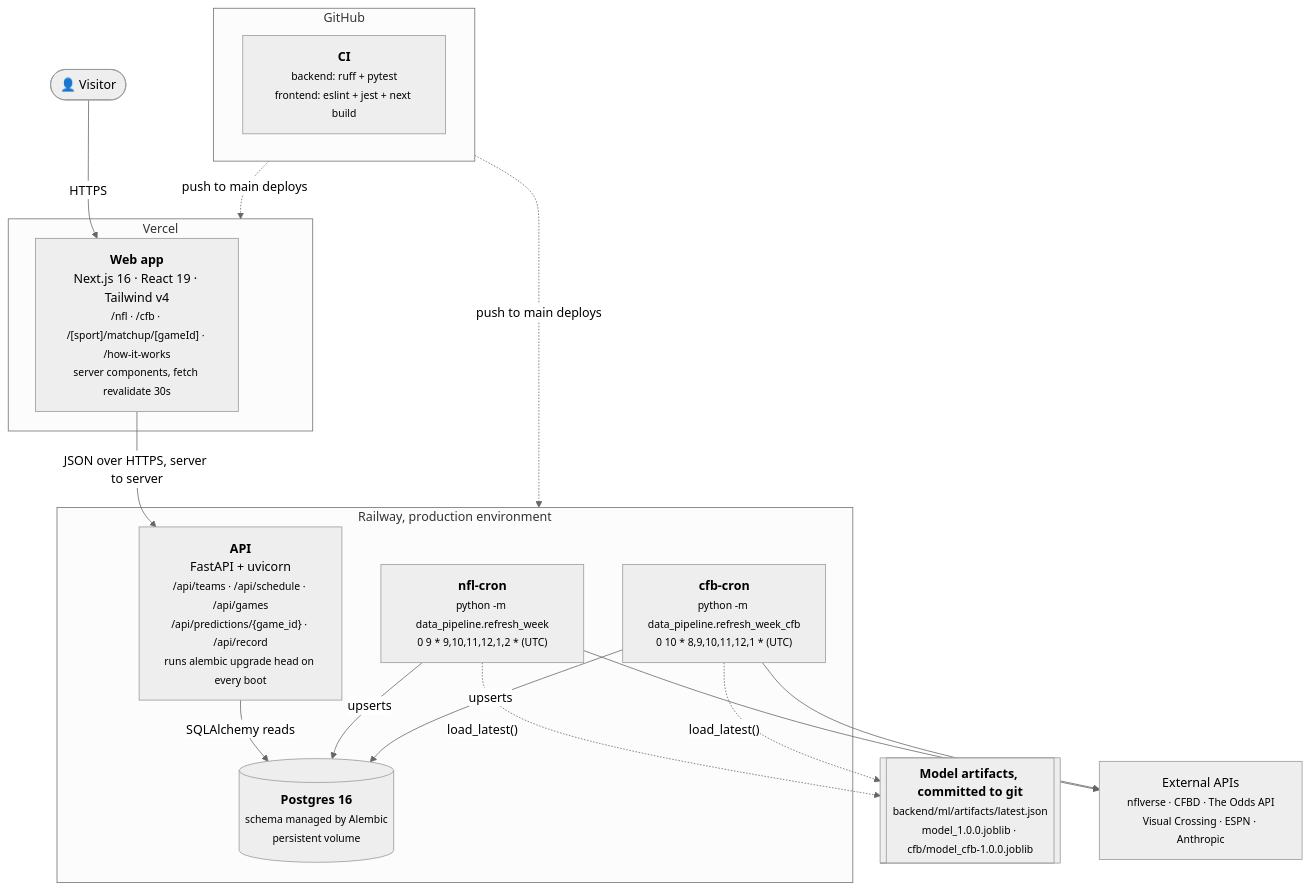
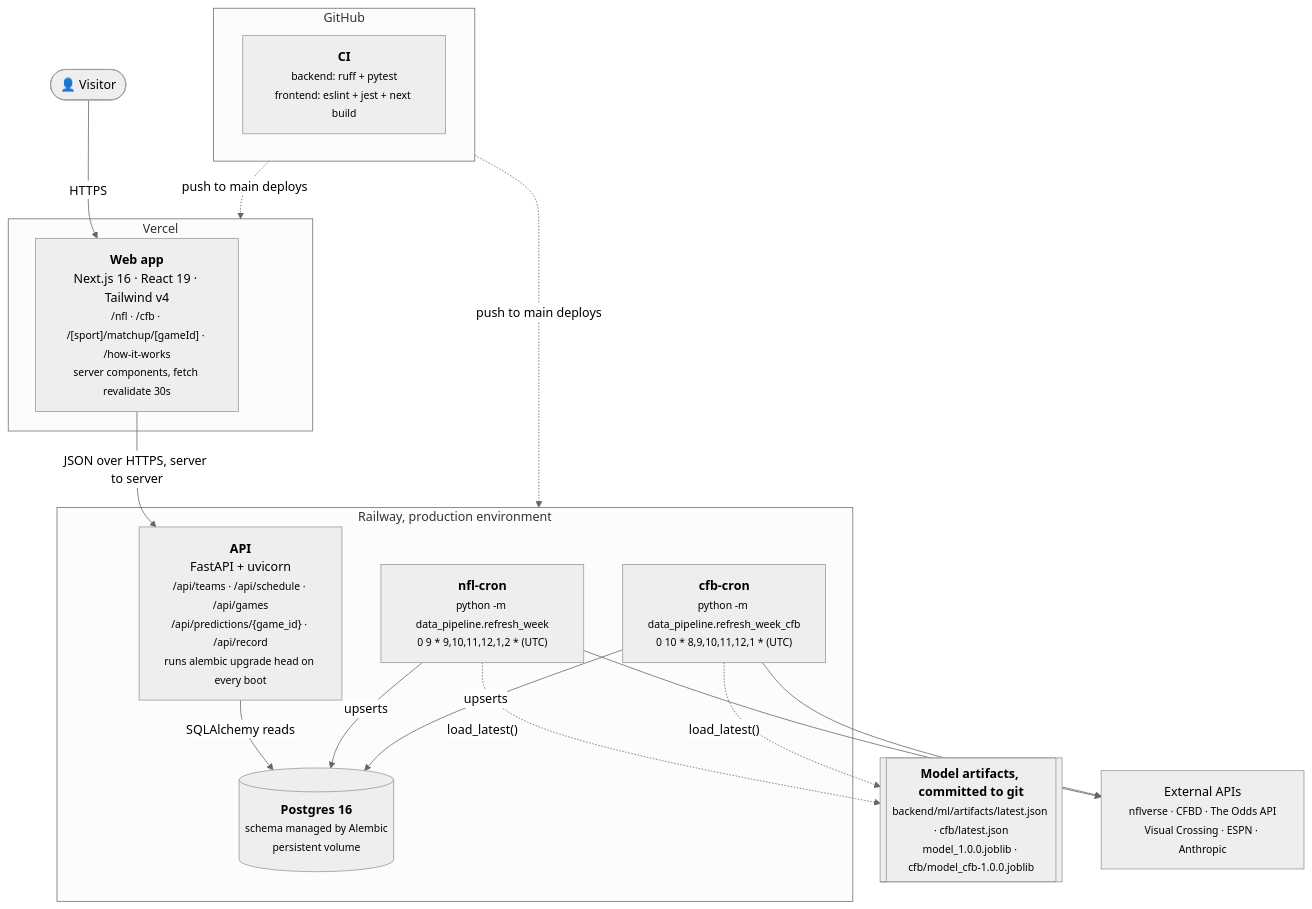
Before and after one commit to carterptull/blitzcast: the diagram in diagrams/c4-container.md, drawn with Mermaid (neutral theme). The commit also changed 10 other files, not shown here.

First line of the commit message:
docs(diagrams): correct claims found in source review

````diff
--- a/diagrams/c4-container.md
+++ b/diagrams/c4-container.md
@@ -6,35 +6,35 @@
 ```mermaid
 flowchart TB
     visitor(["👤 Visitor"])
 
     subgraph vercel["Vercel"]
         web["<b>Web app</b><br/>Next.js 16 · React 19 · Tailwind v4<br/><small>/nfl · /cfb · /[sport]/matchup/[gameId] · /how-it-works<br/>server components, fetch revalidate 30s</small>"]
     end
 
     subgraph railway["Railway, production environment"]
         api["<b>API</b><br/>FastAPI + uvicorn<br/><small>/api/teams · /api/schedule · /api/games<br/>/api/predictions/{game_id} · /api/record<br/>runs alembic upgrade head on every boot</small>"]
         nflcron["<b>nfl-cron</b><br/><small>python -m data_pipeline.refresh_week<br/>0 9 * 9,10,11,12,1,2 * (UTC)</small>"]
         cfbcron["<b>cfb-cron</b><br/><small>python -m data_pipeline.refresh_week_cfb<br/>0 10 * 8,9,10,11,12,1 * (UTC)</small>"]
         db[("<b>Postgres 16</b><br/><small>schema managed by Alembic<br/>persistent volume</small>")]
     end
 
-    artifacts[["<b>Model artifacts, committed to git</b><br/><small>backend/ml/artifacts/latest.json<br/>model_1.0.0.joblib · cfb/model_cfb-1.0.0.joblib</small>"]]
+    artifacts[["<b>Model artifacts, committed to git</b><br/><small>backend/ml/artifacts/latest.json · cfb/latest.json<br/>model_1.0.0.joblib · cfb/model_cfb-1.0.0.joblib</small>"]]
 
     subgraph github["GitHub"]
         ci["<b>CI</b><br/><small>backend: ruff + pytest<br/>frontend: eslint + jest + next build</small>"]
     end
 
     external["External APIs<br/><small>nflverse · CFBD · The Odds API<br/>Visual Crossing · ESPN · Anthropic</small>"]
 
     visitor -->|HTTPS| web
     web -->|"JSON over HTTPS, server to server"| api
     api -->|"SQLAlchemy reads"| db
     nflcron -->|"upserts"| db
     cfbcron -->|"upserts"| db
     nflcron --> external
     cfbcron --> external
     nflcron -.->|"load_latest()"| artifacts
     cfbcron -.->|"load_latest()"| artifacts
     github -.->|"push to main deploys"| vercel
     github -.->|"push to main deploys"| railway
 ```
````
